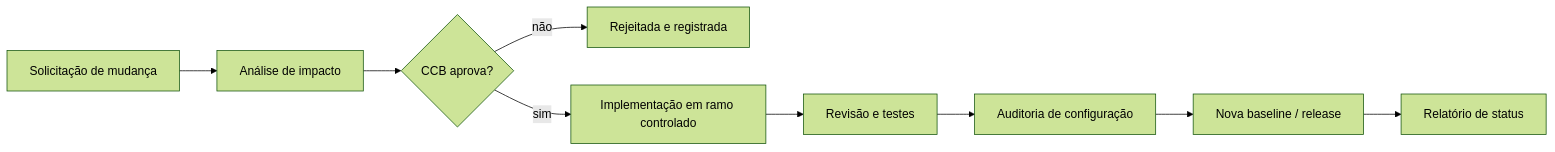
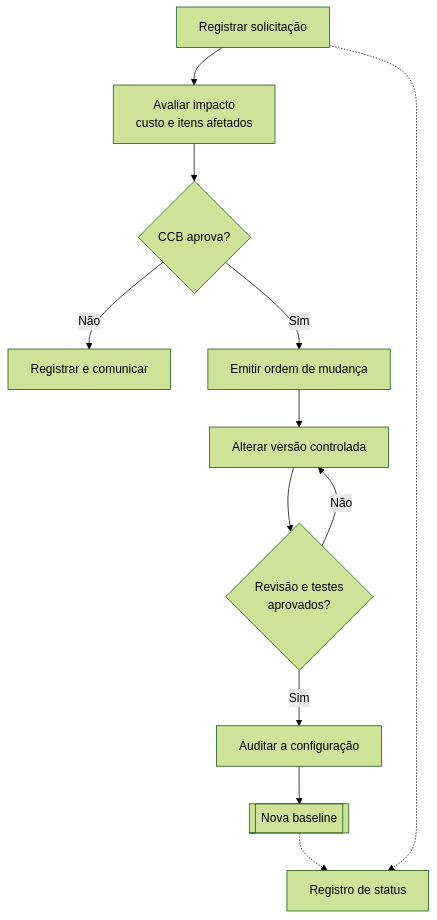
One commit to pedrotescaro/Stacklyst changed the diagram in content/enade/engenharia-de-software/gerencia-de-configuracao.md. Above: the diagram before and after it, drawn with Mermaid (forest theme). The commit also changed other lines of this file and 84 other files, not shown here.

Commit message:
feat(enade): redraw study library diagrams

````diff
--- a/content/enade/engenharia-de-software/gerencia-de-configuracao.md
+++ b/content/enade/engenharia-de-software/gerencia-de-configuracao.md
@@ -60,11 +60,14 @@
-```mermaid Fluxo de controle de mudanças
-flowchart LR
-  S[Solicitação de mudança] --> A[Análise de impacto]
-  A --> CCB{CCB aprova?}
-  CCB -->|não| R[Rejeitada e registrada]
-  CCB -->|sim| I[Implementação em ramo controlado]
-  I --> V[Revisão e testes]
-  V --> AU[Auditoria de configuração]
-  AU --> B[Nova baseline / release]
-  B --> ST[Relatório de status]
+```mermaid Mudança em uma baseline
+flowchart TD
+  R["Registrar solicitação"] --> A["Avaliar impacto<br/>custo e itens afetados"]
+  A --> C{"CCB aprova?"}
+  C -->|Não| N["Registrar e comunicar"]
+  C -->|Sim| O["Emitir ordem de mudança"]
+  O --> I["Alterar versão controlada"]
+  I --> V{"Revisão e testes<br/>aprovados?"}
+  V -->|Não| I
+  V -->|Sim| U["Auditar a configuração"]
+  U --> B[["Nova baseline"]]
+  R -.-> S["Registro de status"]
+  B -.-> S
 ```
````
